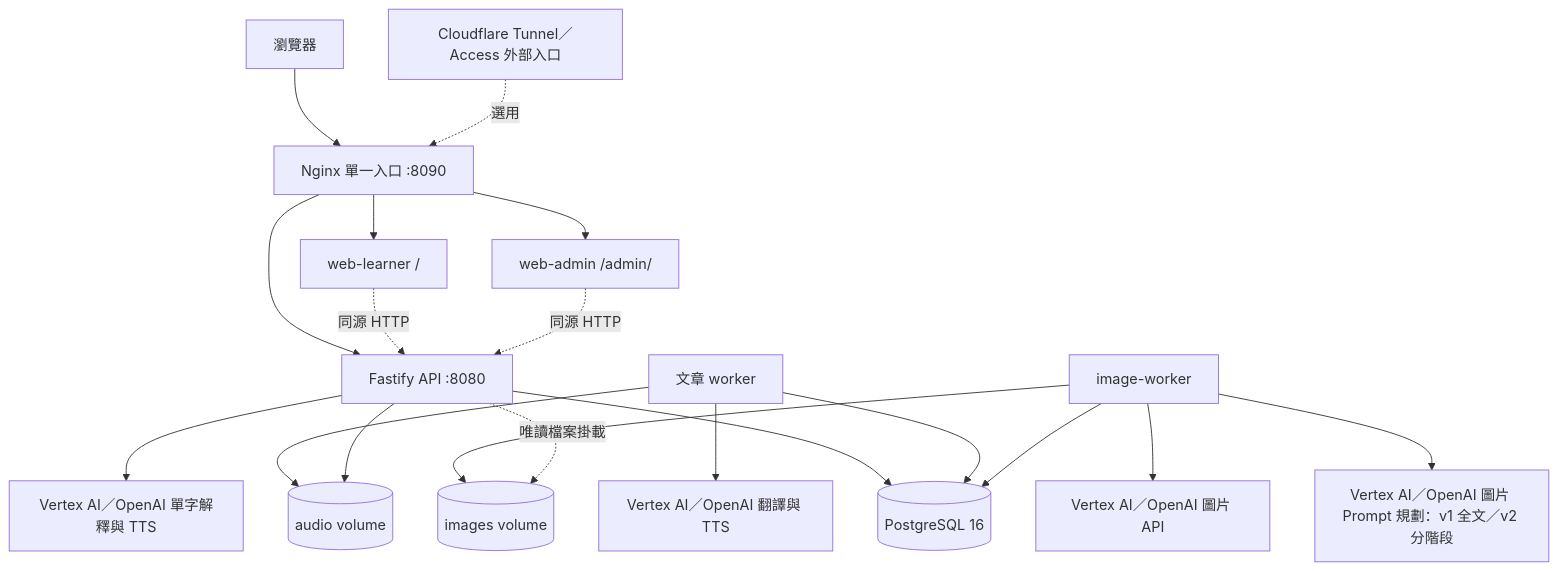
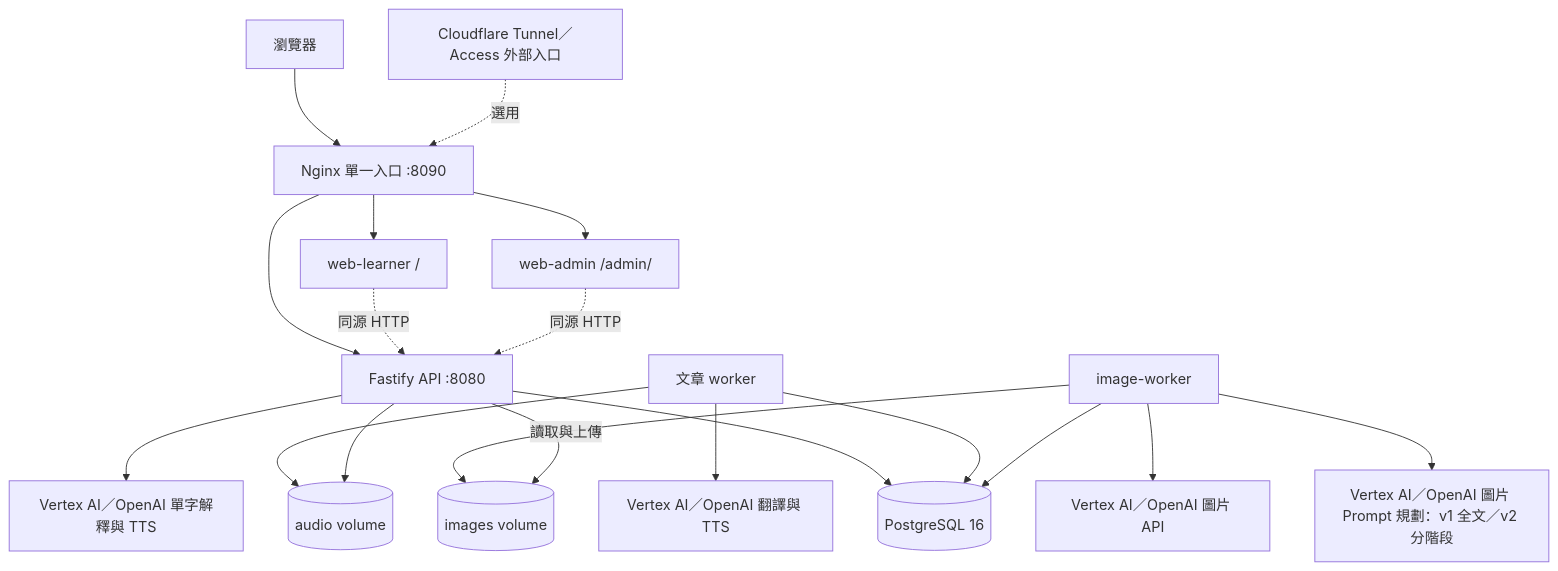
The first of 2 diagrams in docs/codebase-architecture.md (smilejos/EnglishLearning), drawn with Mermaid before and after one commit. The commit also changed other lines of this file and 15 other files, not shown here.

Commit message:
讓文章產生時，可以選擇自己圖片

````diff
--- a/docs/codebase-architecture.md
+++ b/docs/codebase-architecture.md
@@ -54,21 +54,21 @@
 ```mermaid
 flowchart TD
     Browser[瀏覽器] --> Proxy[Nginx 單一入口 :8090]
     Tunnel[Cloudflare Tunnel／Access 外部入口] -. 選用 .-> Proxy
     Proxy --> Learner[web-learner /]
     Proxy --> Admin[web-admin /admin/]
     Proxy --> API[Fastify API :8080]
     Learner -. 同源 HTTP .-> API
     Admin -. 同源 HTTP .-> API
     API --> DB[(PostgreSQL 16)]
     Worker[文章 worker] --> DB
     ImageWorker[image-worker] --> DB
     Worker --> TextSpeech[Vertex AI／OpenAI 翻譯與 TTS]
     API --> Explain[Vertex AI／OpenAI 單字解釋與 TTS]
     ImageWorker --> Planner[Vertex AI／OpenAI 圖片 Prompt 規劃：v1 全文／v2 分階段]
     ImageWorker --> ImageAPI[Vertex AI／OpenAI 圖片 API]
     Worker --> Audio[(audio volume)]
     API --> Audio
     ImageWorker --> Images[(images volume)]
-    API -. 唯讀檔案掛載 .-> Images
+    API -->|讀取與上傳| Images
 ```
````
